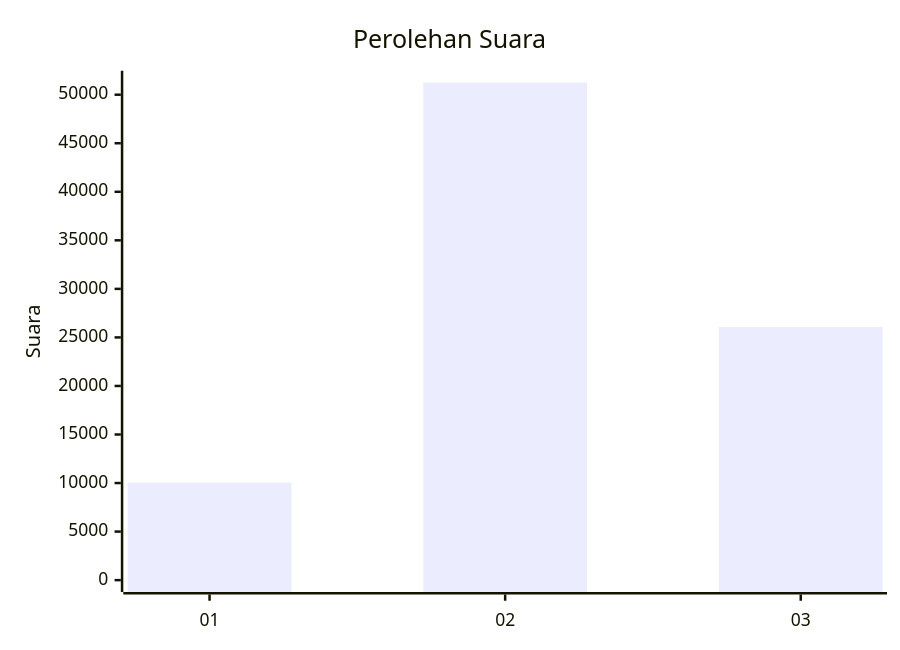
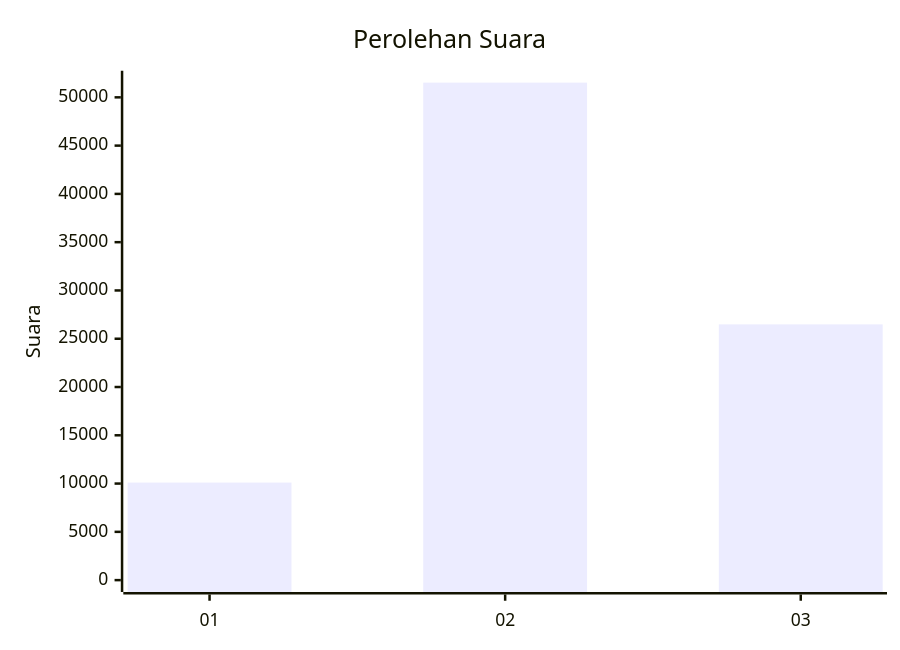
One commit to gigit-pemilu/pemilu-2024 changed the first of 2 diagrams in pilpres/hitung-suara/sub/table-wilayah-92.md. Above: the diagram before and after it, drawn with Mermaid. The commit also changed other lines of this file and 5 other files, not shown here.

````diff
--- a/pilpres/hitung-suara/sub/table-wilayah-92.md
+++ b/pilpres/hitung-suara/sub/table-wilayah-92.md
@@ -7,7 +7,7 @@
 ```mermaid
 xychart-beta
     title "Perolehan Suara"
     x-axis [01, 02, 03]
-    y-axis "Suara" 0 --> 51244
-    bar [10044, 51244, 26075]
+    y-axis "Suara" 0 --> 51524
+    bar [10105, 51524, 26486]
 ```
````
